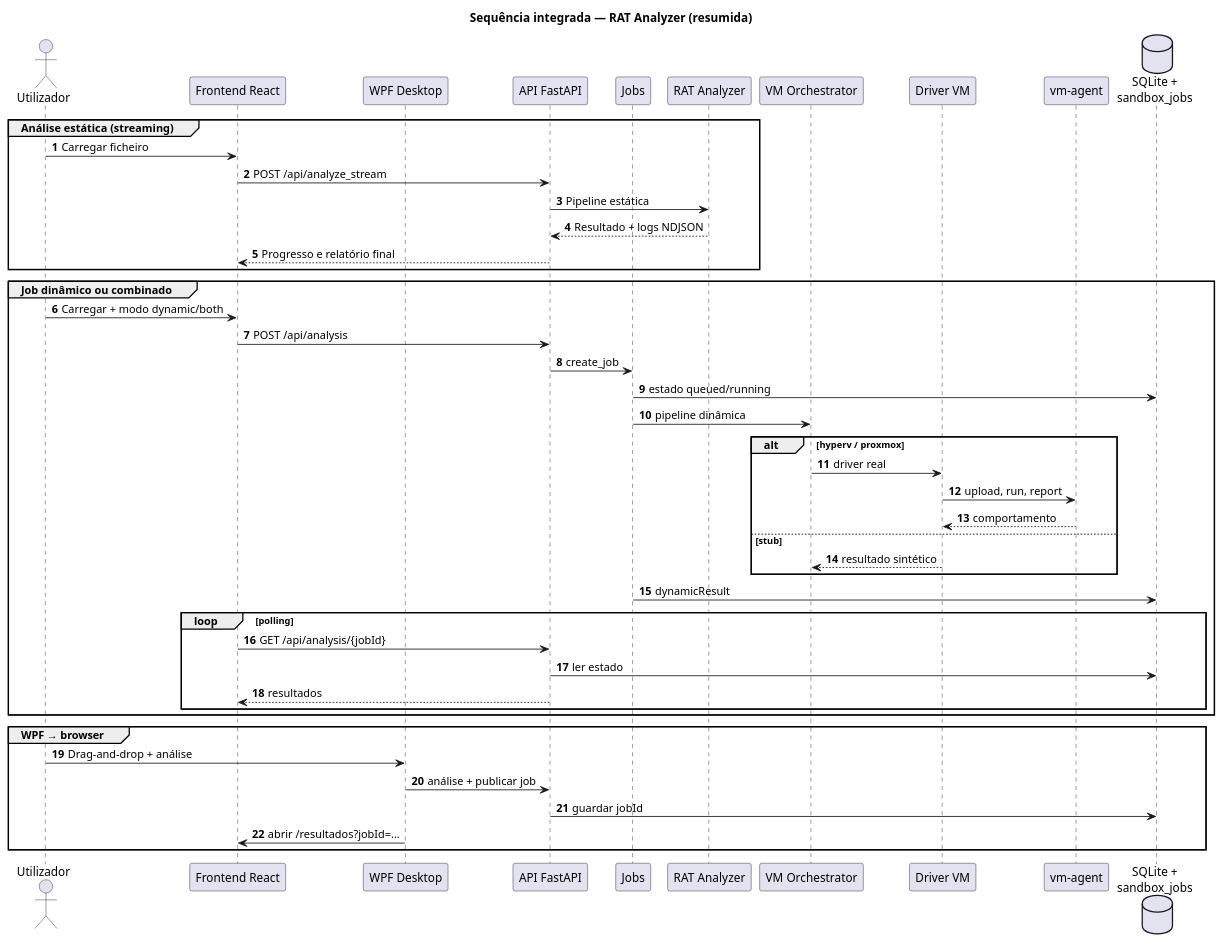
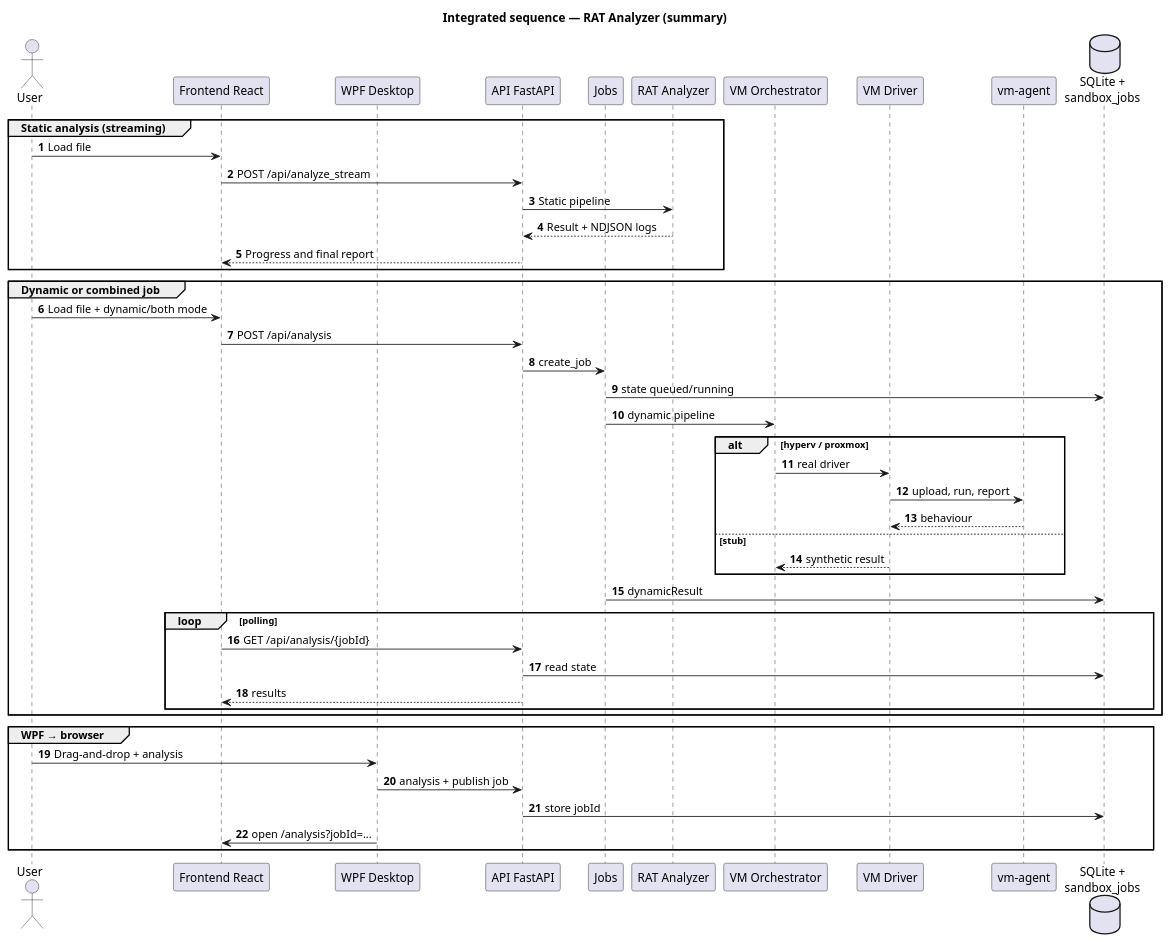
The diagram in docs/diagrams/analysis-sequence-overview.puml (tlxp/PROJETO), drawn with PlantUML before and after one commit. The commit also changed other lines of this file and 43 other files, not shown here.

```diff
--- a/docs/diagrams/analysis-sequence-overview.puml
+++ b/docs/diagrams/analysis-sequence-overview.puml
@@ -2,55 +2,55 @@
 @startuml
-title Sequência integrada — RAT Analyzer (resumida)
+title Integrated sequence — RAT Analyzer (summary)
 
 autonumber
 skinparam responseMessageBelowArrow true
 
-actor "Utilizador" as U
+actor "User" as U
 participant "Frontend React" as FE
 participant "WPF Desktop" as WPF
 participant "API FastAPI" as API
 participant "Jobs" as JOBS
 participant "RAT Analyzer" as RAT
 participant "VM Orchestrator" as VMO
-participant "Driver VM" as DRV
+participant "VM Driver" as DRV
 participant "vm-agent" as AGENT
 database "SQLite +\nsandbox_jobs" as DB
 
-group Análise estática (streaming)
-  U -> FE : Carregar ficheiro
+group Static analysis (streaming)
+  U -> FE : Load file
   FE -> API : POST /api/analyze_stream
-  API -> RAT : Pipeline estática
-  RAT --> API : Resultado + logs NDJSON
-  API --> FE : Progresso e relatório final
+  API -> RAT : Static pipeline
+  RAT --> API : Result + NDJSON logs
+  API --> FE : Progress and final report
 end
 
-group Job dinâmico ou combinado
-  U -> FE : Carregar + modo dynamic/both
+group Dynamic or combined job
+  U -> FE : Load file + dynamic/both mode
   FE -> API : POST /api/analysis
   API -> JOBS : create_job
-  JOBS -> DB : estado queued/running
-  JOBS -> VMO : pipeline dinâmica
-  ' *Driver real ou stub conforme configuração*
+  JOBS -> DB : state queued/running
+  JOBS -> VMO : dynamic pipeline
+  ' *Real or stub driver depending on configuration*
   alt hyperv / proxmox
-    VMO -> DRV : driver real
+    VMO -> DRV : real driver
     DRV -> AGENT : upload, run, report
-    AGENT --> DRV : comportamento
+    AGENT --> DRV : behaviour
   else stub
-    DRV --> VMO : resultado sintético
+    DRV --> VMO : synthetic result
   end
   JOBS -> DB : dynamicResult
   loop polling
     FE -> API : GET /api/analysis/{jobId}
-    API -> DB : ler estado
-    API --> FE : resultados
+    API -> DB : read state
+    API --> FE : results
   end
 end
 
 group WPF → browser
-  U -> WPF : Drag-and-drop + análise
-  WPF -> API : análise + publicar job
-  API -> DB : guardar jobId
-  WPF -> FE : abrir /resultados?jobId=...
+  U -> WPF : Drag-and-drop + analysis
+  WPF -> API : analysis + publish job
+  API -> DB : store jobId
+  WPF -> FE : open /analysis?jobId=...
 end
 
 @enduml
```
